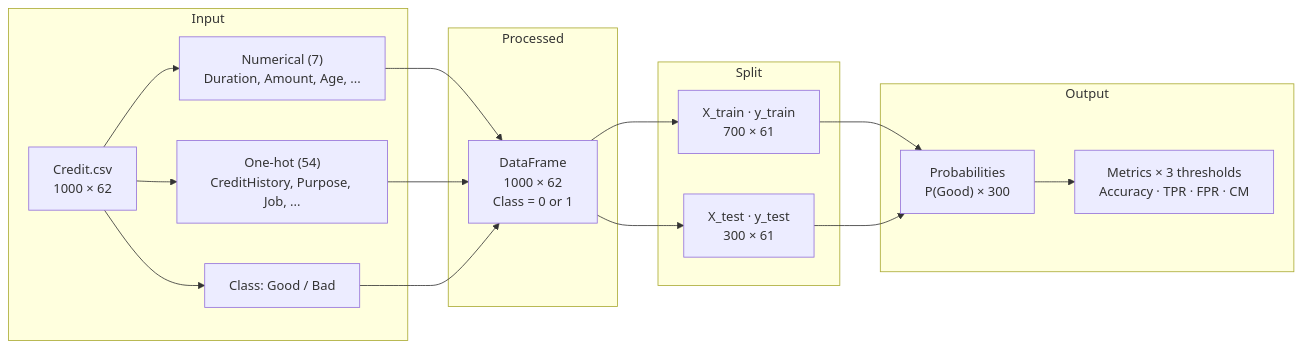
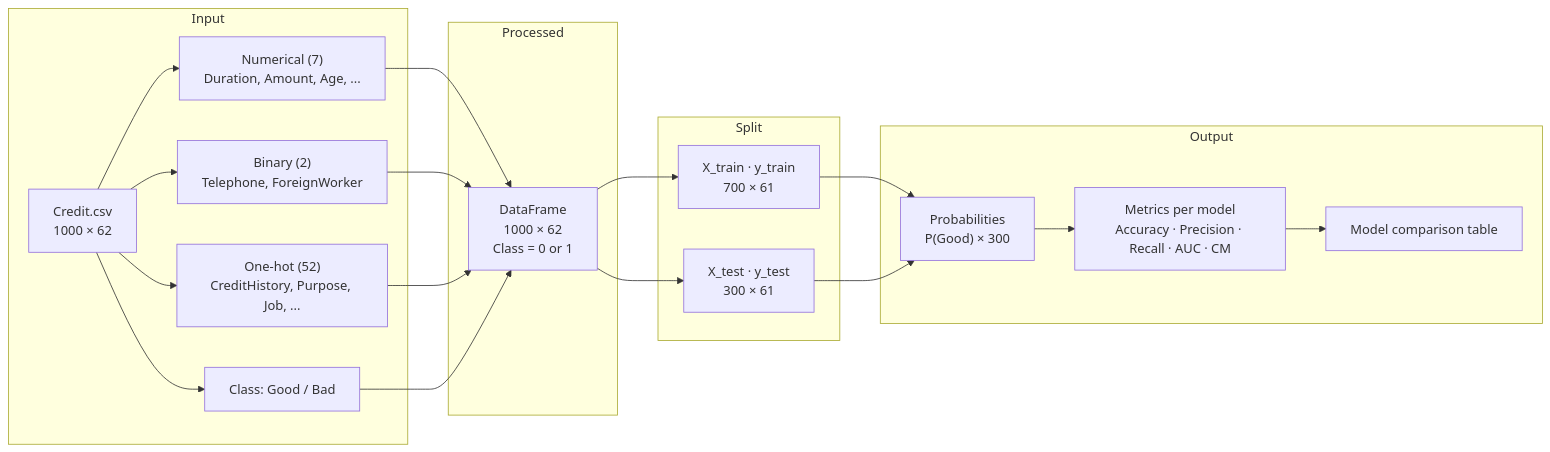
Before and after one commit to yhimanshu22/credit_risk_assessment: the second of 4 diagrams in architecture.md, drawn with Mermaid. The commit also changed other lines of this file, not shown here.

````diff
--- a/architecture.md
+++ b/architecture.md
@@ -76,35 +84,40 @@
 ```mermaid
 flowchart LR
     subgraph Input
         CSV["Credit.csv<br/>1000 × 62"]
         NUM["Numerical (7)<br/>Duration, Amount, Age, ..."]
-        CAT["One-hot (54)<br/>CreditHistory, Purpose, Job, ..."]
+        BIN["Binary (2)<br/>Telephone, ForeignWorker"]
+        CAT["One-hot (52)<br/>CreditHistory, Purpose, Job, ..."]
         TGT["Class: Good / Bad"]
     end
 
     subgraph Processed
         DF["DataFrame<br/>1000 × 62<br/>Class = 0 or 1"]
     end
 
     subgraph Split
         TR["X_train · y_train<br/>700 × 61"]
         TE["X_test · y_test<br/>300 × 61"]
     end
 
     subgraph Output
         PROB["Probabilities<br/>P(Good) × 300"]
-        MET["Metrics × 3 thresholds<br/>Accuracy · TPR · FPR · CM"]
+        MET["Metrics per model<br/>Accuracy · Precision · Recall · AUC · CM"]
+        CMP["Model comparison table"]
     end
 
     CSV --> NUM
+    CSV --> BIN
     CSV --> CAT
     CSV --> TGT
     NUM --> DF
+    BIN --> DF
     CAT --> DF
     TGT --> DF
     DF --> TR
     DF --> TE
     TR --> PROB
     TE --> PROB
     PROB --> MET
+    MET --> CMP
 ```
````
